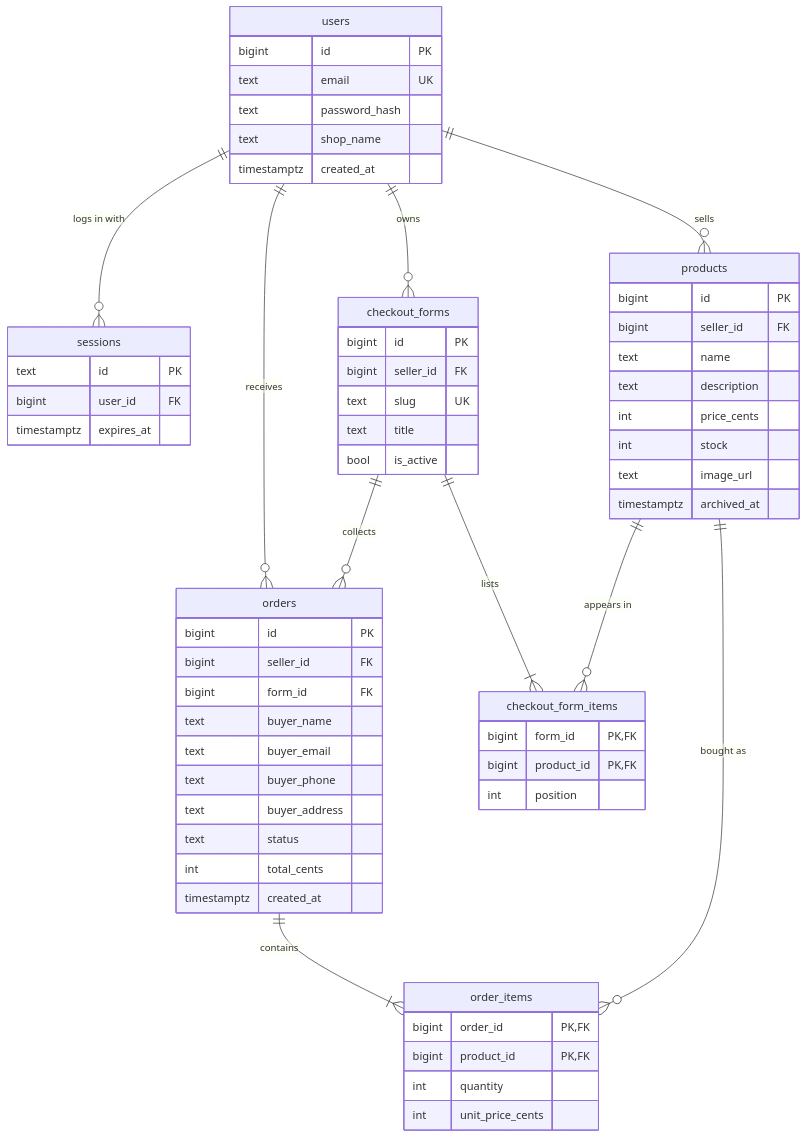
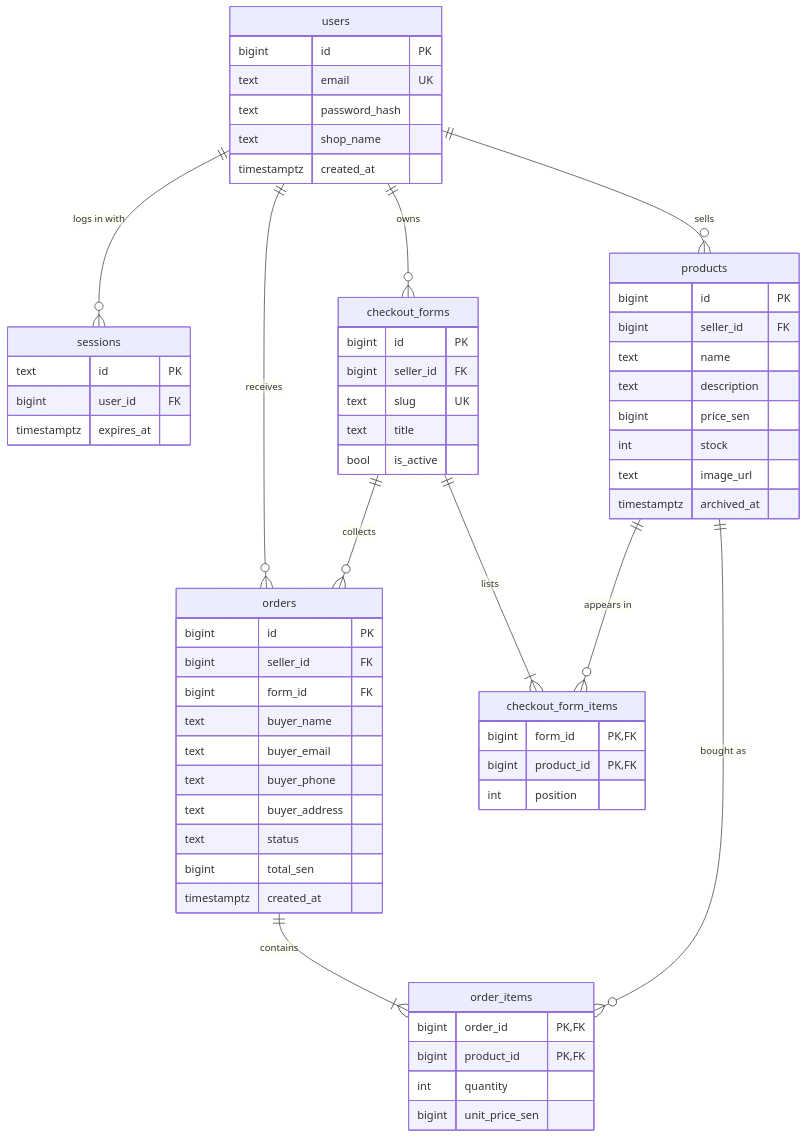
Before and after one commit to rafifn/shoplink: the second of 3 diagrams in docs/design.md, drawn with Mermaid. The commit also changed other lines of this file and 5 other files, not shown here.

First line of the commit message:
Store money as bigint sen so rupiah prices fit

````diff
--- a/docs/design.md
+++ b/docs/design.md
@@ -104,64 +104,64 @@
 ```mermaid
 erDiagram
   users ||--o{ sessions : "logs in with"
   users ||--o{ products : sells
   users ||--o{ checkout_forms : owns
   users ||--o{ orders : receives
   checkout_forms ||--|{ checkout_form_items : lists
   products ||--o{ checkout_form_items : "appears in"
   checkout_forms ||--o{ orders : collects
   orders ||--|{ order_items : contains
   products ||--o{ order_items : "bought as"
   users {
     bigint id PK
     text email UK
     text password_hash
     text shop_name
     timestamptz created_at
   }
   sessions {
     text id PK
     bigint user_id FK
     timestamptz expires_at
   }
   products {
     bigint id PK
     bigint seller_id FK
     text name
     text description
-    int price_cents
+    bigint price_sen
     int stock
     text image_url
     timestamptz archived_at
   }
   checkout_forms {
     bigint id PK
     bigint seller_id FK
     text slug UK
     text title
     bool is_active
   }
   checkout_form_items {
     bigint form_id PK,FK
     bigint product_id PK,FK
     int position
   }
   orders {
     bigint id PK
     bigint seller_id FK
     bigint form_id FK
     text buyer_name
     text buyer_email
     text buyer_phone
     text buyer_address
     text status
-    int total_cents
+    bigint total_sen
     timestamptz created_at
   }
   order_items {
     bigint order_id PK,FK
     bigint product_id PK,FK
     int quantity
-    int unit_price_cents
+    bigint unit_price_sen
   }
 ```
````
